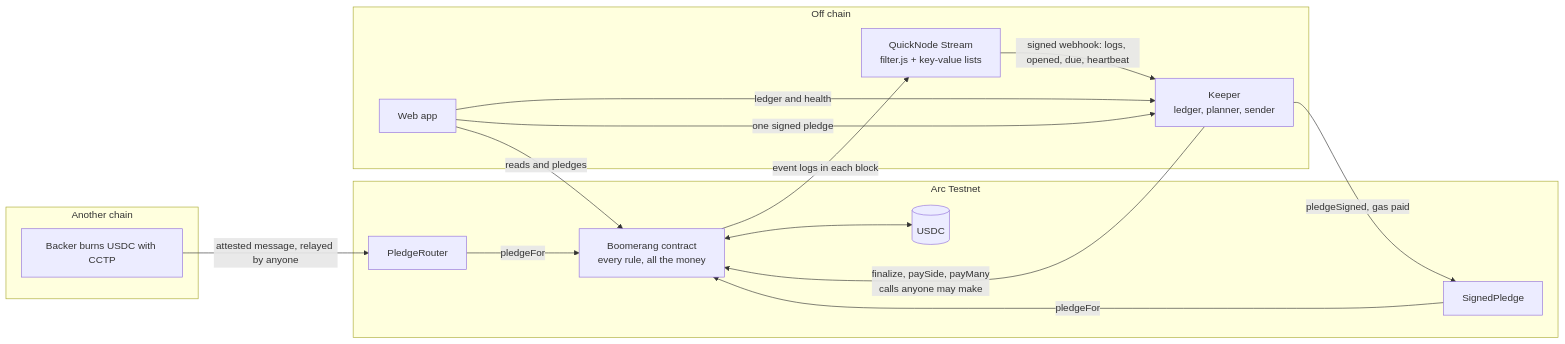
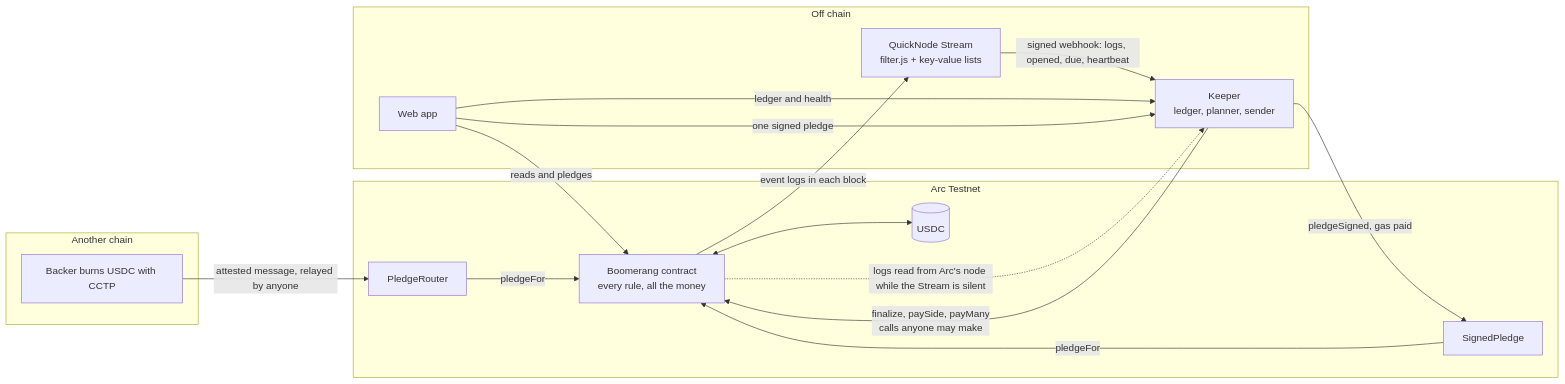
One commit to bchowdar00/boomerang-arc changed the diagram in docs/ARCHITECTURE.md. Above: the diagram before and after it, drawn with Mermaid. The commit also changed other lines of this file and 31 other files, not shown here.

Commit message:
Settle without the Stream: the keeper reads Arc's node when it is silent

````diff
--- a/docs/ARCHITECTURE.md
+++ b/docs/ARCHITECTURE.md
@@ -9,28 +9,29 @@
 ```mermaid
 flowchart LR
   subgraph other[Another chain]
     B1[Backer burns USDC with CCTP]
   end
   subgraph arc[Arc Testnet]
     R[PledgeRouter]
     SP[SignedPledge]
     C[Boomerang contract<br/>every rule, all the money]
     U[(USDC)]
   end
   subgraph off[Off chain]
     S[QuickNode Stream<br/>filter.js + key-value lists]
     K[Keeper<br/>ledger, planner, sender]
     W[Web app]
   end
   B1 -- attested message, relayed by anyone --> R
   R -- pledgeFor --> C
   SP -- pledgeFor --> C
   C <--> U
   C -- event logs in each block --> S
   S -- signed webhook: logs, opened, due, heartbeat --> K
+  C -. logs read from Arc's node while the Stream is silent .-> K
   K -- finalize, paySide, payMany<br/>calls anyone may make --> C
   W -- reads and pledges --> C
   W -- ledger and health --> K
   W -- one signed pledge --> K
   K -- pledgeSigned, gas paid --> SP
 ```
````
